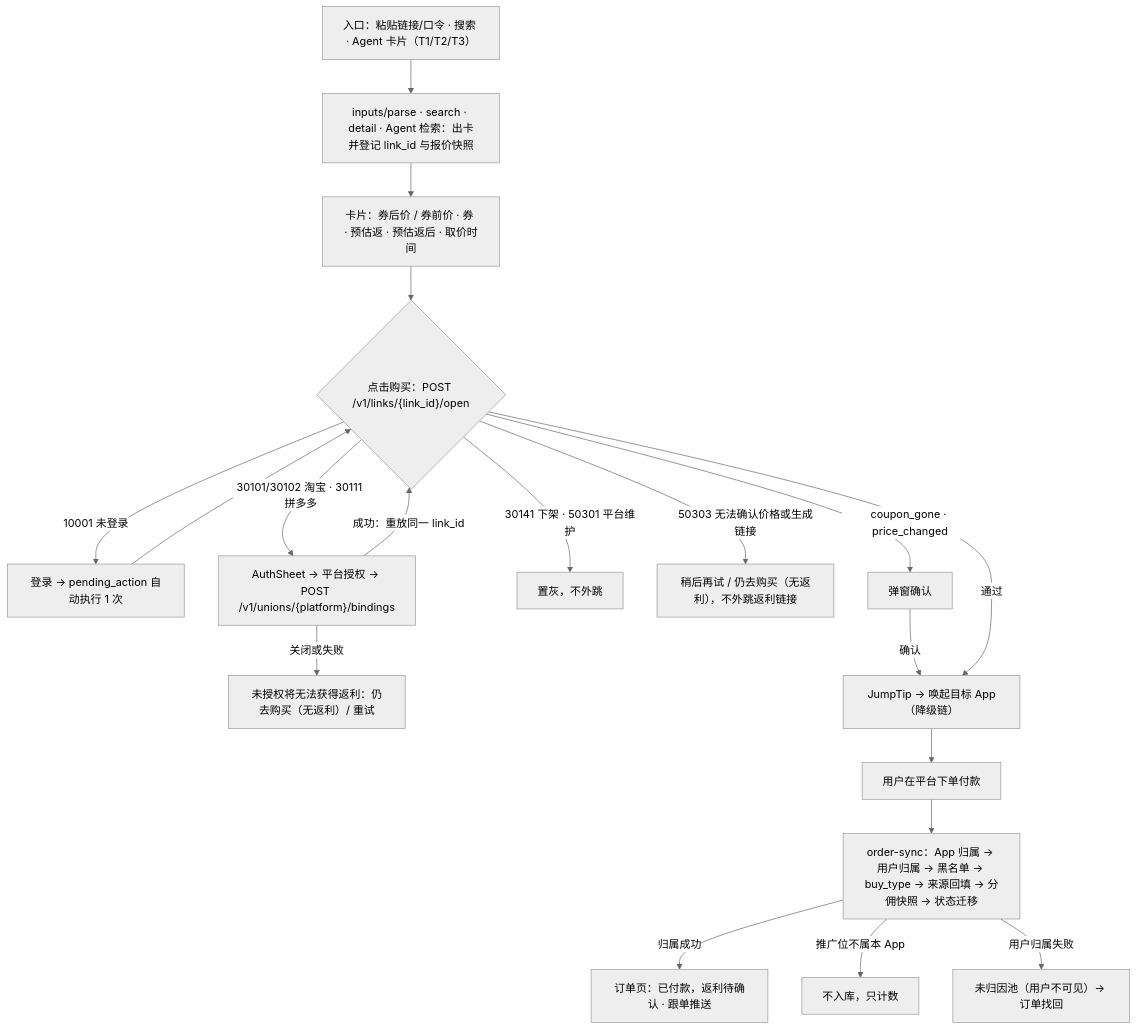
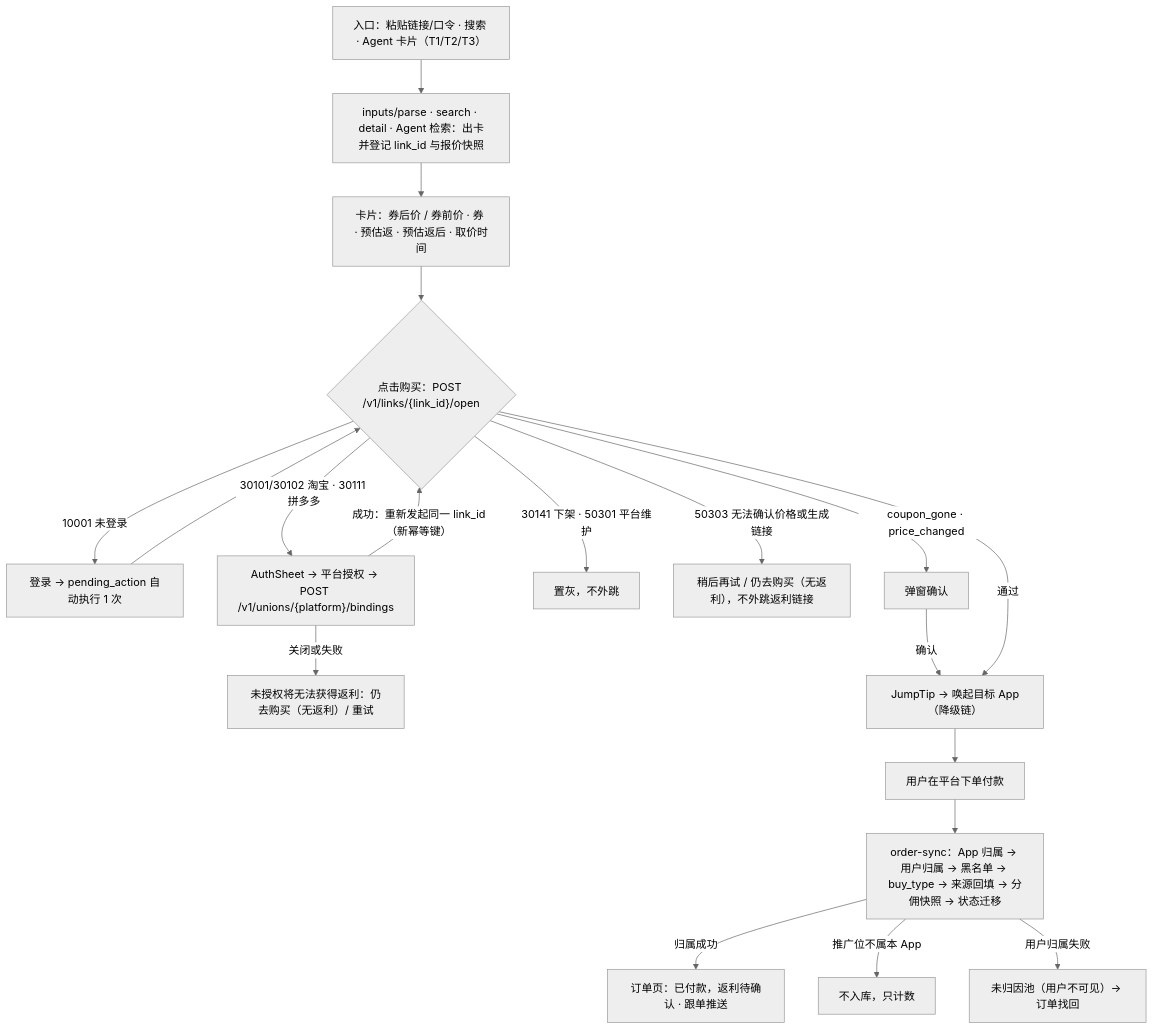
Before and after one commit to zora4523-bot/couli: the diagram in 规划/10_首个完整流程验收用例.md, drawn with Mermaid (neutral theme). The commit also changed other lines of this file and 5 other files, not shown here.

````diff
--- a/规划/10_首个完整流程验收用例.md
+++ b/规划/10_首个完整流程验收用例.md
@@ -120,21 +120,21 @@
 ```mermaid
 flowchart TD
   A["入口：粘贴链接/口令 · 搜索 · Agent 卡片（T1/T2/T3）"] --> B["inputs/parse · search · detail · Agent 检索：出卡并登记 link_id 与报价快照"]
   B --> C["卡片：券后价 / 券前价 · 券 · 预估返 · 预估返后 · 取价时间"]
   C --> D{"点击购买：POST /v1/links/{link_id}/open"}
   D -->|"10001 未登录"| E["登录 → pending_action 自动执行 1 次"]
   E --> D
   D -->|"30101/30102 淘宝 · 30111 拼多多"| F["AuthSheet → 平台授权 → POST /v1/unions/{platform}/bindings"]
-  F -->|"成功：重放同一 link_id"| D
+  F -->|"成功：重新发起同一 link_id（新幂等键）"| D
   F -->|"关闭或失败"| G["未授权将无法获得返利：仍去购买（无返利）/ 重试"]
   D -->|"30141 下架 · 50301 平台维护"| H1["置灰，不外跳"]
   D -->|"50303 无法确认价格或生成链接"| H2["稍后再试 / 仍去购买（无返利），不外跳返利链接"]
   D -->|"coupon_gone · price_changed"| H["弹窗确认"]
   H -->|"确认"| I
   D -->|"通过"| I["JumpTip → 唤起目标 App（降级链）"]
   I --> J["用户在平台下单付款"]
   J --> K["order-sync：App 归属 → 用户归属 → 黑名单 → buy_type → 来源回填 → 分佣快照 → 状态迁移"]
   K -->|"归属成功"| L["订单页：已付款，返利待确认 · 跟单推送"]
   K -->|"推广位不属本 App"| N["不入库，只计数"]
   K -->|"用户归属失败"| M["未归因池（用户不可见）→ 订单找回"]
 ```
````
